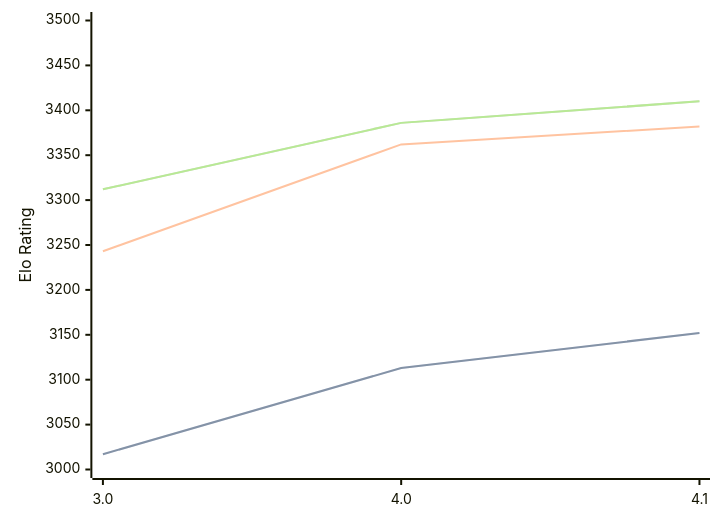
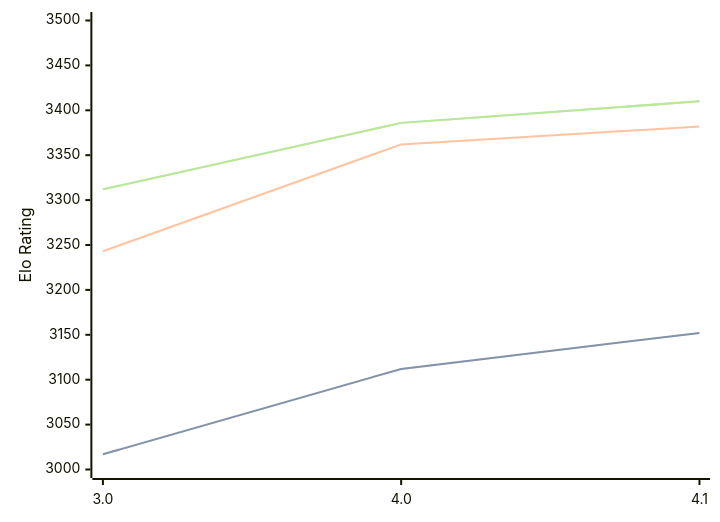
The diagram in engines/Eleanor.md (computer-chess-index/cci), drawn with Mermaid before and after one commit. The commit also changed other lines of this file, not shown here.

````diff
--- a/engines/Eleanor.md
+++ b/engines/Eleanor.md
@@ -35,11 +35,11 @@
 ```mermaid
 %%{init: {"theme":"base","themeVariables":{"seriesColors:['#a3a3a3','#222221','#faa371']}}}%%
 xychart-beta
   x-axis ["3.0", "4.0", "4.1"]
   y-axis "Elo Rating" 3000 --> 3500
-  line "STC (8.0+0.08s)" [3017, 3113, 3152]
-  line "STC (8.0+0.08s)" [3017, 3113, 3152]
+  line "STC (8.0+0.08s)" [3017, 3112, 3152]
+  line "STC (8.0+0.08s)" [3017, 3112, 3152]
   line "LTC (60.0+0.60s)" [3243, 3362, 3382]
   line "VLTC (2m24s+1.12s)" [3312, 3386, 3410]
   line "VLTC (2m24s+1.12s)" [3312, 3386, 3410]
 ```
````
